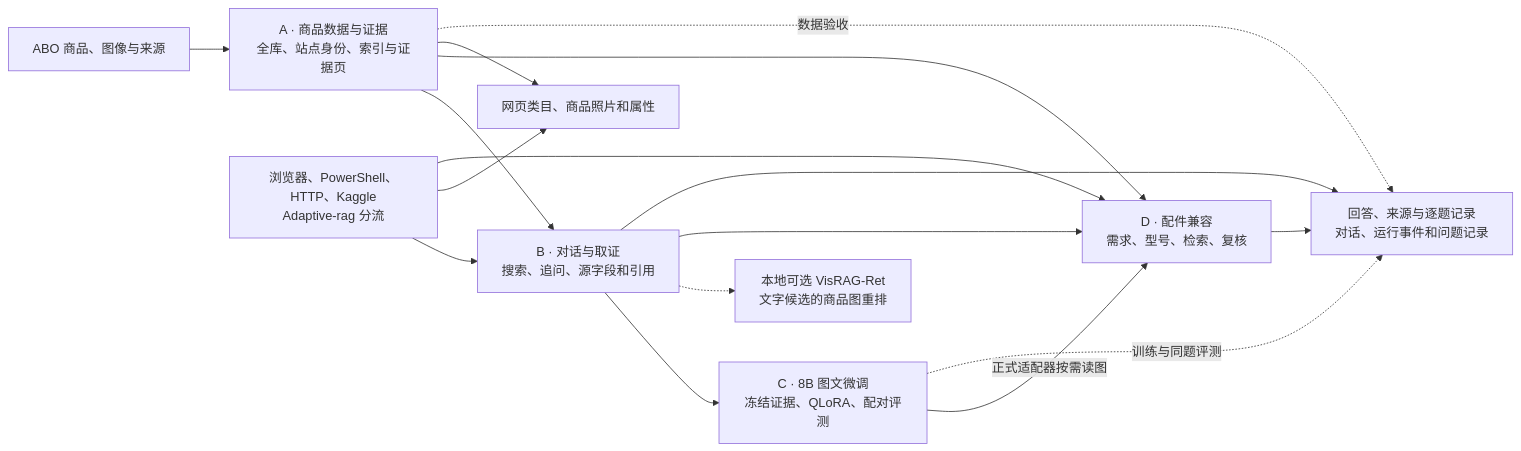
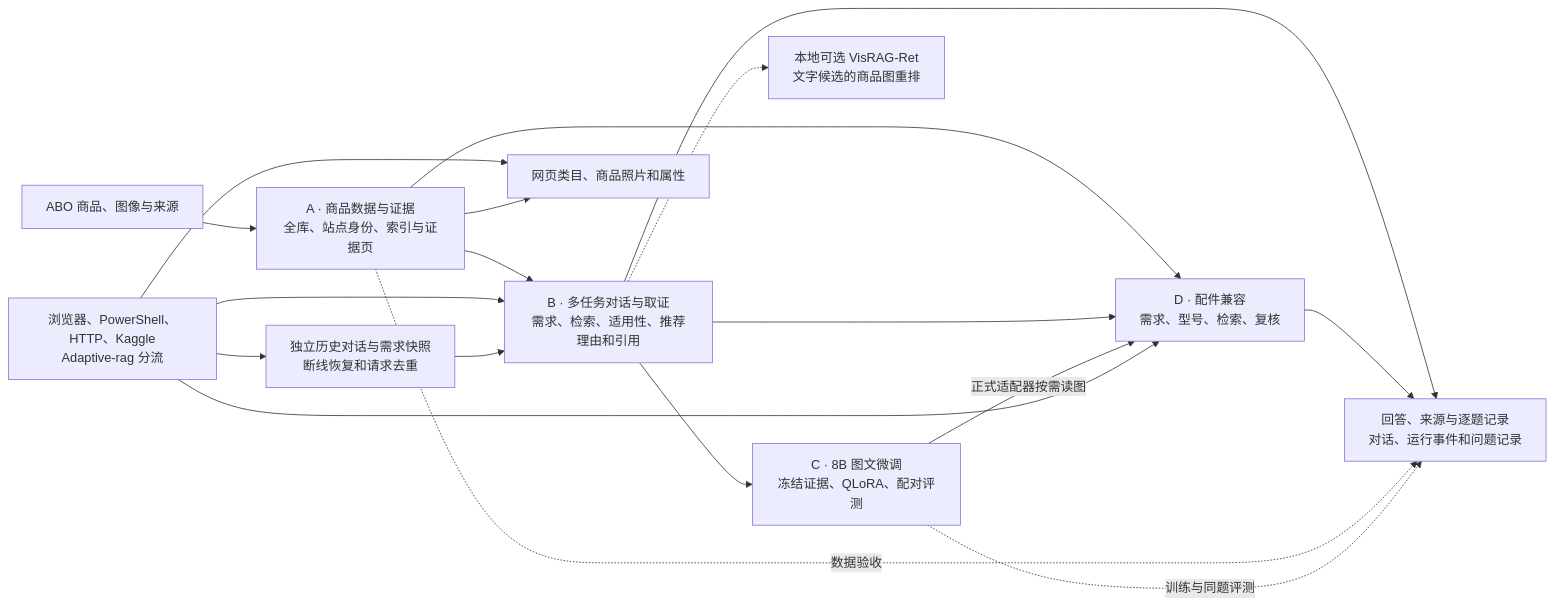
The diagram in README.md (AaronYue77/ABO-Adaptive-RAG), drawn with Mermaid before and after one commit. The commit also changed other lines of this file and 29 other files, not shown here.

````diff
--- a/README.md
+++ b/README.md
@@ -39,18 +41,19 @@
 ```mermaid
 flowchart LR
     data["ABO 商品、图像与来源"] --> a["A · 商品数据与证据<br/>全库、站点身份、索引与证据页"]
-    a --> b["B · 对话与取证<br/>搜索、追问、源字段和引用"]
+    a --> b["B · 多任务对话与取证<br/>需求、检索、适用性、推荐理由和引用"]
     b --> c["C · 8B 图文微调<br/>冻结证据、QLoRA、配对评测"]
     b -.-> vision["本地可选 VisRAG-Ret<br/>文字候选的商品图重排"]
     a --> d["D · 配件兼容<br/>需求、型号、检索、复核"]
     b --> d
     c -->|正式适配器按需读图| d
     entry["浏览器、PowerShell、HTTP、Kaggle<br/>Adaptive-rag 分流"] --> b
+    entry --> memory["独立历史对话与需求快照<br/>断线恢复和请求去重"] --> b
     entry --> browse["网页类目、商品照片和属性"]
     a --> browse
     entry --> d
     b --> logbook["回答、来源与逐题记录<br/>对话、运行事件和问题记录"]
     d --> logbook
     a -.->|数据验收| logbook
     c -.->|训练与同题评测| logbook
 ```
````
